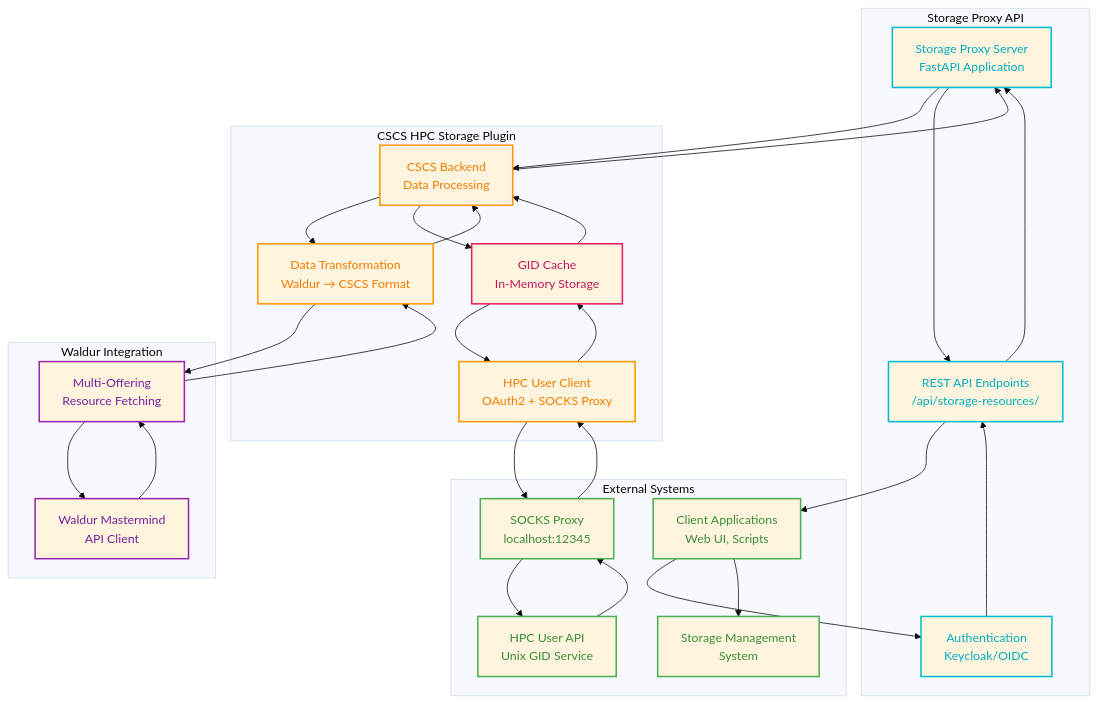
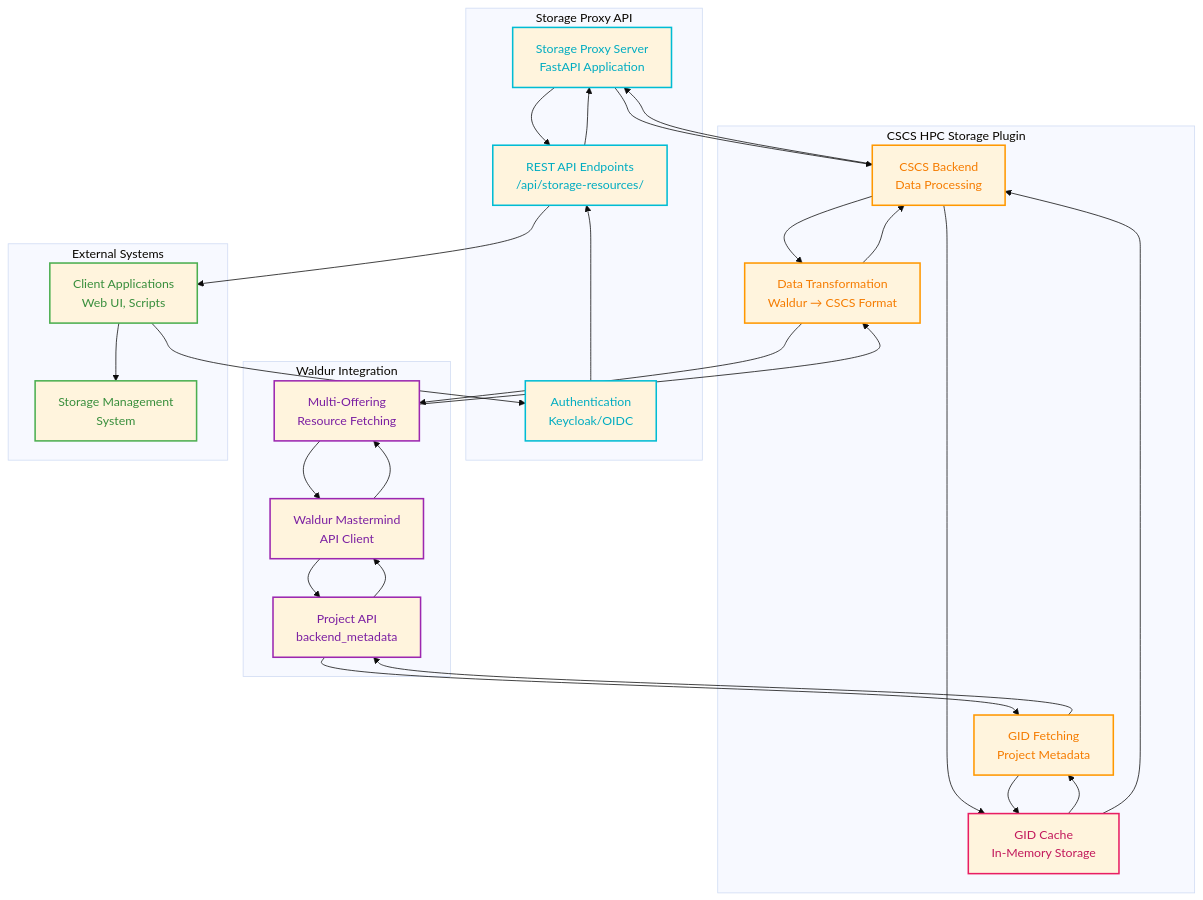
One commit to waldur/waldur-site-agent changed the first of 2 diagrams in plugins/cscs-hpc-storage/README.md. Above: the diagram before and after it, drawn with Mermaid (base theme). The commit also changed other lines of this file and 8 other files, not shown here.

Commit message:
Drop HPC User API. Fetch Unix GID from project metadata

````diff
--- a/plugins/cscs-hpc-storage/README.md
+++ b/plugins/cscs-hpc-storage/README.md
@@ -97,70 +68,69 @@
 ```mermaid
 graph TD
     subgraph "Storage Proxy API"
         SP[Storage Proxy Server<br/>FastAPI Application]
         API[REST API Endpoints<br/>/api/storage-resources/]
         AUTH[Authentication<br/>Keycloak/OIDC]
     end
 
     subgraph "CSCS HPC Storage Plugin"
         BACKEND[CSCS Backend<br/>Data Processing]
         TRANSFORM[Data Transformation<br/>Waldur → CSCS Format]
         CACHE[GID Cache<br/>In-Memory Storage]
-        HPCCLIENT[HPC User Client<br/>OAuth2 + SOCKS Proxy]
+        GIDFETCH[GID Fetching<br/>Project Metadata]
     end
 
     subgraph "Waldur Integration"
         WM[Waldur Mastermind<br/>API Client]
         RESOURCES[Multi-Offering<br/>Resource Fetching]
+        PROJECTS[Project API<br/>backend_metadata]
     end
 
     subgraph "External Systems"
         CLIENT[Client Applications<br/>Web UI, Scripts]
         SMS[Storage Management<br/>System]
-        HPCAPI[HPC User API<br/>Unix GID Service]
-        PROXY[SOCKS Proxy<br/>localhost:12345]
     end
 
     %% API Flow
     CLIENT --> AUTH
     AUTH --> API
     API --> SP
     SP --> BACKEND
     BACKEND --> TRANSFORM
     TRANSFORM --> RESOURCES
     RESOURCES --> WM
 
-    %% HPC API Flow
+    %% GID Fetching Flow
     BACKEND --> CACHE
-    CACHE --> HPCCLIENT
-    HPCCLIENT --> PROXY
-    PROXY --> HPCAPI
+    CACHE --> GIDFETCH
+    GIDFETCH --> PROJECTS
+    PROJECTS --> WM
 
     %% Response Flow
     WM --> RESOURCES
+    WM --> PROJECTS
+    PROJECTS --> GIDFETCH
+    GIDFETCH --> CACHE
     RESOURCES --> TRANSFORM
-    HPCAPI --> PROXY
-    PROXY --> HPCCLIENT
-    HPCCLIENT --> CACHE
     CACHE --> BACKEND
     TRANSFORM --> BACKEND
     BACKEND --> SP
     SP --> API
     API --> CLIENT
 
     %% External Integration
     CLIENT --> SMS
 
     %% Styling
     classDef proxy stroke:#00bcd4,stroke-width:2px,color:#00acc1
     classDef plugin stroke:#ff9800,stroke-width:2px,color:#f57c00
     classDef waldur stroke:#9c27b0,stroke-width:2px,color:#7b1fa2
     classDef external stroke:#4caf50,stroke-width:2px,color:#388e3c
     classDef cache stroke:#e91e63,stroke-width:2px,color:#c2185b
 
     class SP,API,AUTH proxy
-    class BACKEND,TRANSFORM,HPCCLIENT plugin
-    class WM,RESOURCES waldur
-    class CLIENT,SMS,HPCAPI,PROXY external
+    class BACKEND,TRANSFORM,GIDFETCH plugin
+    class WM,RESOURCES,PROJECTS waldur
+    class CLIENT,SMS external
     class CACHE cache
 ```
````
